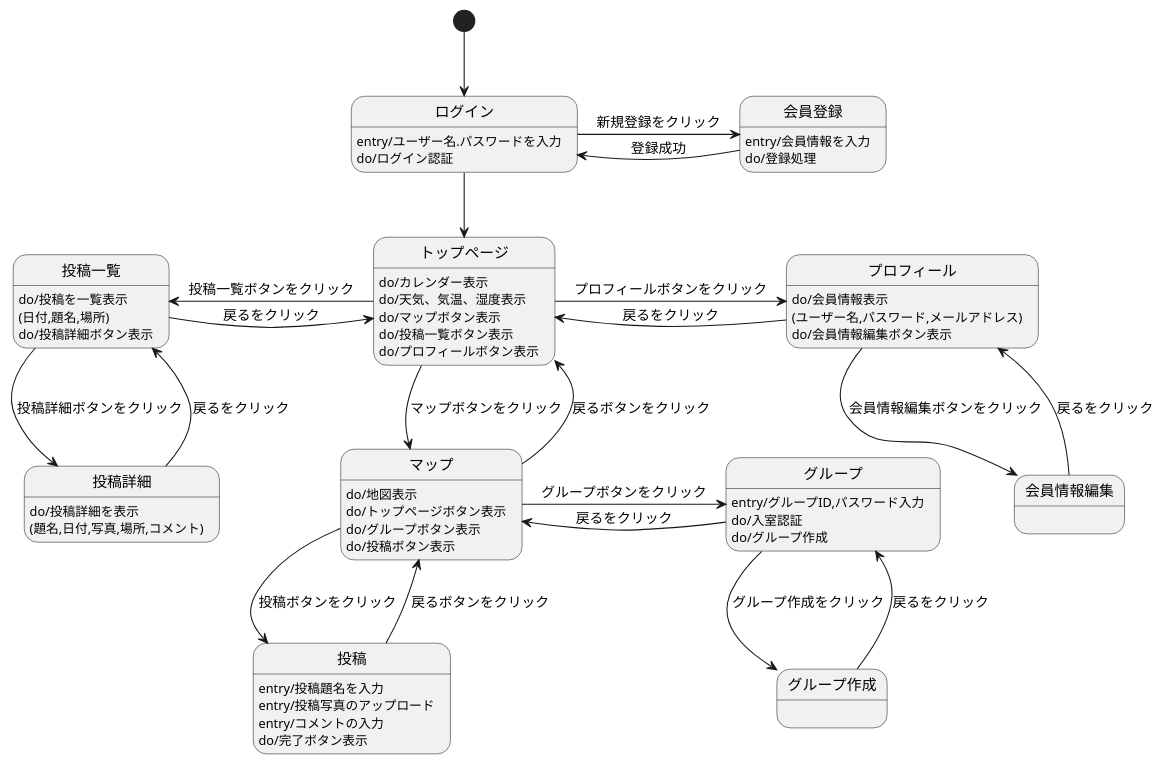
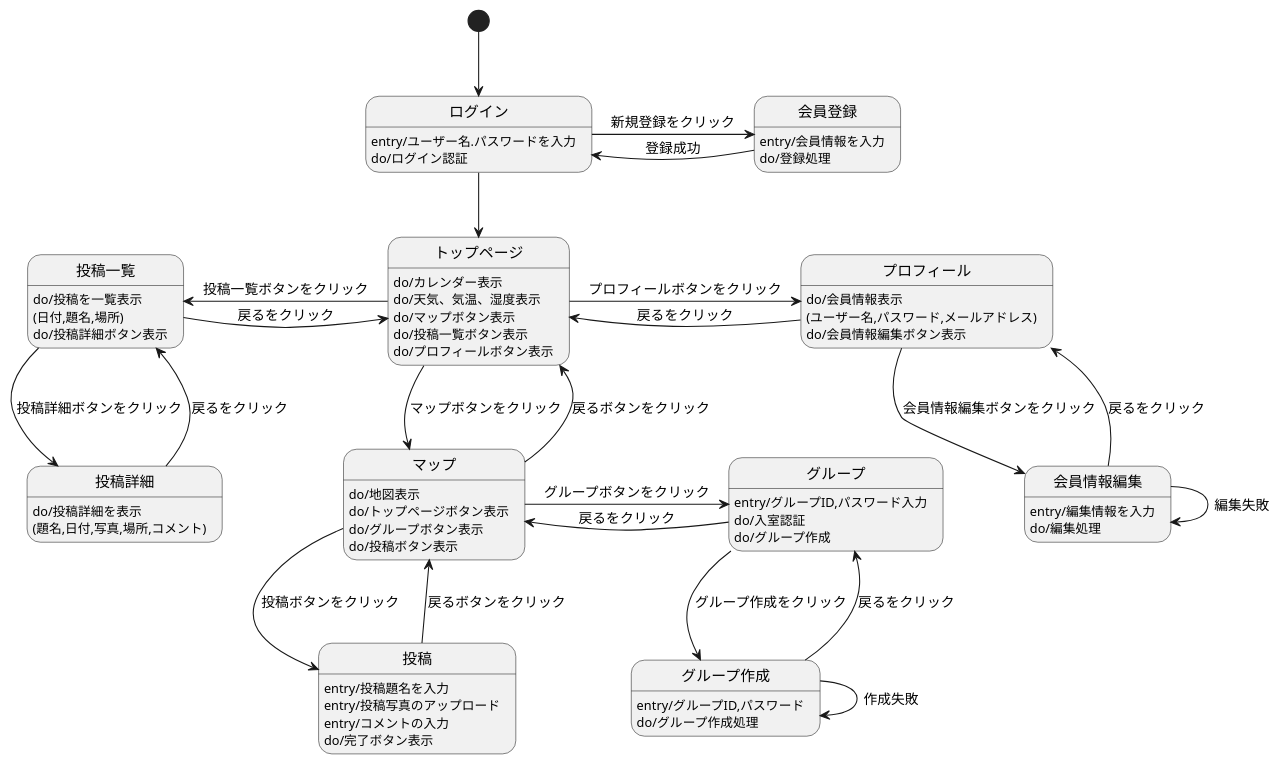
The diagram in 03_画面遷移図/画面遷移図.md (Aso2001031/System4_ver2.0), drawn with PlantUML before and after one commit.

````diff
--- a/03_画面遷移図/画面遷移図.md
+++ b/03_画面遷移図/画面遷移図.md
@@ -1,67 +1,71 @@
 ```uml
 @startuml
 
 [*] -down-> ログイン
 
 ログイン -down-> トップページ
 ログイン : entry/ユーザー名.パスワードを入力 
 ログイン : do/ログイン認証 
 ログイン -> 会員登録 : 新規登録をクリック
 
 会員登録 -> ログイン : 登録成功
 会員登録 : entry/会員情報を入力 
 会員登録 : do/登録処理
 
 トップページ : do/カレンダー表示
 トップページ : do/天気、気温、湿度表示
 トップページ : do/マップボタン表示
 トップページ : do/投稿一覧ボタン表示
 トップページ : do/プロフィールボタン表示
 トップページ -down-> マップ : マップボタンをクリック
 トップページ -left-> 投稿一覧 : 投稿一覧ボタンをクリック
 トップページ -right-> プロフィール :プロフィールボタンをクリック
 
 マップ -up-> トップページ : 戻るボタンをクリック
 マップ : do/地図表示
 マップ : do/トップページボタン表示
 マップ : do/グループボタン表示
 マップ : do/投稿ボタン表示
 マップ -down-> 投稿 : 投稿ボタンをクリック
 マップ -right-> グループ : グループボタンをクリック
 
 投稿一覧 -right-> トップページ : 戻るをクリック
 投稿一覧 : do/投稿を一覧表示
 投稿一覧 : (日付,題名,場所)
 投稿一覧 : do/投稿詳細ボタン表示
 投稿一覧 -down-> 投稿詳細 : 投稿詳細ボタンをクリック
 
 プロフィール -left-> トップページ : 戻るをクリック
 プロフィール : do/会員情報表示
 プロフィール : (ユーザー名,パスワード,メールアドレス)
 プロフィール : do/会員情報編集ボタン表示
 プロフィール -down-> 会員情報編集 : 会員情報編集ボタンをクリック
 
 投稿 -up-> マップ : 戻るボタンをクリック
 投稿 : entry/投稿題名を入力
 投稿 : entry/投稿写真のアップロード
 投稿 : entry/コメントの入力
 投稿 : do/完了ボタン表示
 
 グループ -left-> マップ : 戻るをクリック 
 グループ : entry/グループID,パスワード入力
 グループ : do/入室認証
 グループ : do/グループ作成
 グループ --> グループ作成 : グループ作成をクリック
 
 投稿詳細 -up-> 投稿一覧 : 戻るをクリック
 投稿詳細 : do/投稿詳細を表示
 投稿詳細 : (題名,日付,写真,場所,コメント)
 
 会員情報編集 -up-> プロフィール : 戻るをクリック
-会員情報編集 : 
+会員情報編集 : entry/編集情報を入力
+会員情報編集 : do/編集処理
+会員情報編集 -> 会員情報編集 : 編集失敗
 
 グループ作成 --> グループ : 戻るをクリック
-グループ作成 : 
+グループ作成 : entry/グループID,パスワード
+グループ作成 : do/グループ作成処理
+グループ作成 -> グループ作成 : 作成失敗
 
 @enduml
 ```
````
